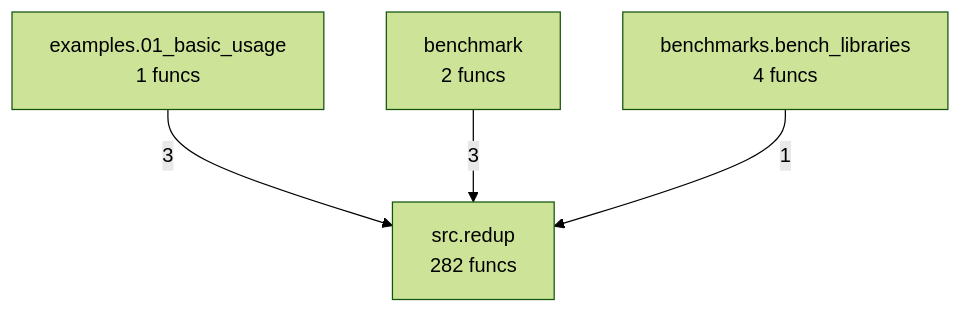
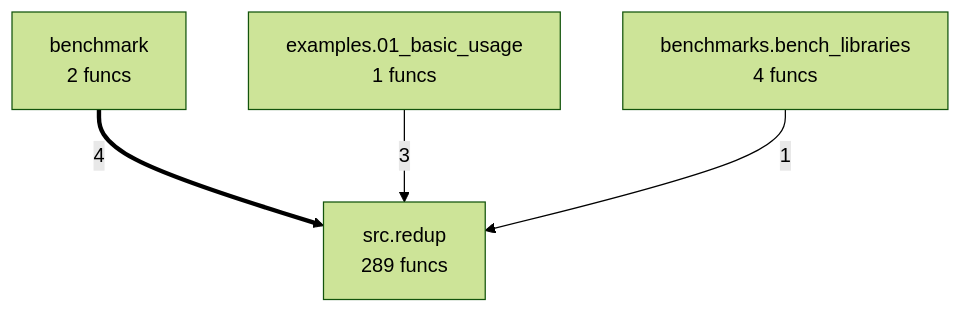
The diagram in project/compact_flow.mmd (semcod/redup), drawn with Mermaid (forest theme) before and after one commit. The commit also changed 21 other files, not shown here.

```diff
--- a/project/compact_flow.mmd
+++ b/project/compact_flow.mmd
@@ -1,8 +1,8 @@
 flowchart TD
     benchmark["benchmark<br/>2 funcs"]
     benchmarks_bench_libraries["benchmarks.bench_libraries<br/>4 funcs"]
     examples_01_basic_usage["examples.01_basic_usage<br/>1 funcs"]
-    src_redup["src.redup<br/>282 funcs"]
+    src_redup["src.redup<br/>289 funcs"]
+    benchmark ==>|4| src_redup
     examples_01_basic_usage -->|3| src_redup
-    benchmark -->|3| src_redup
     benchmarks_bench_libraries -->|1| src_redup
```
